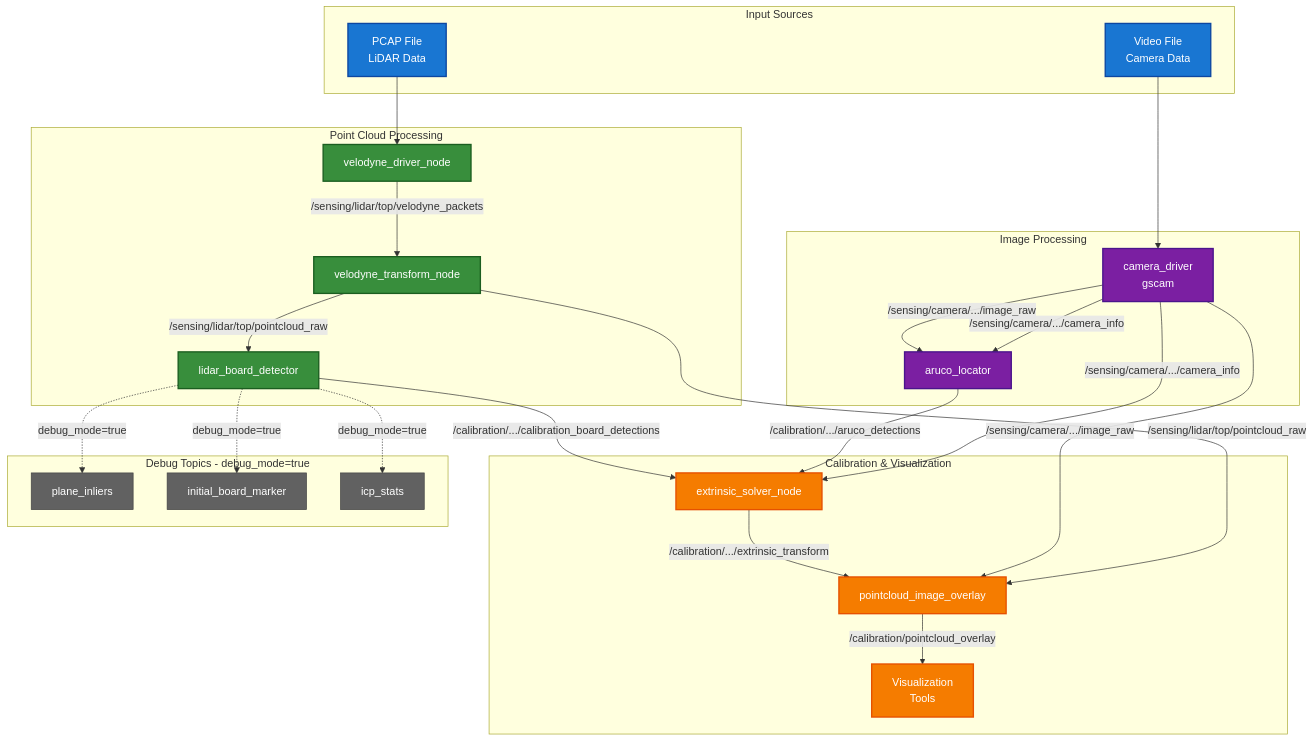
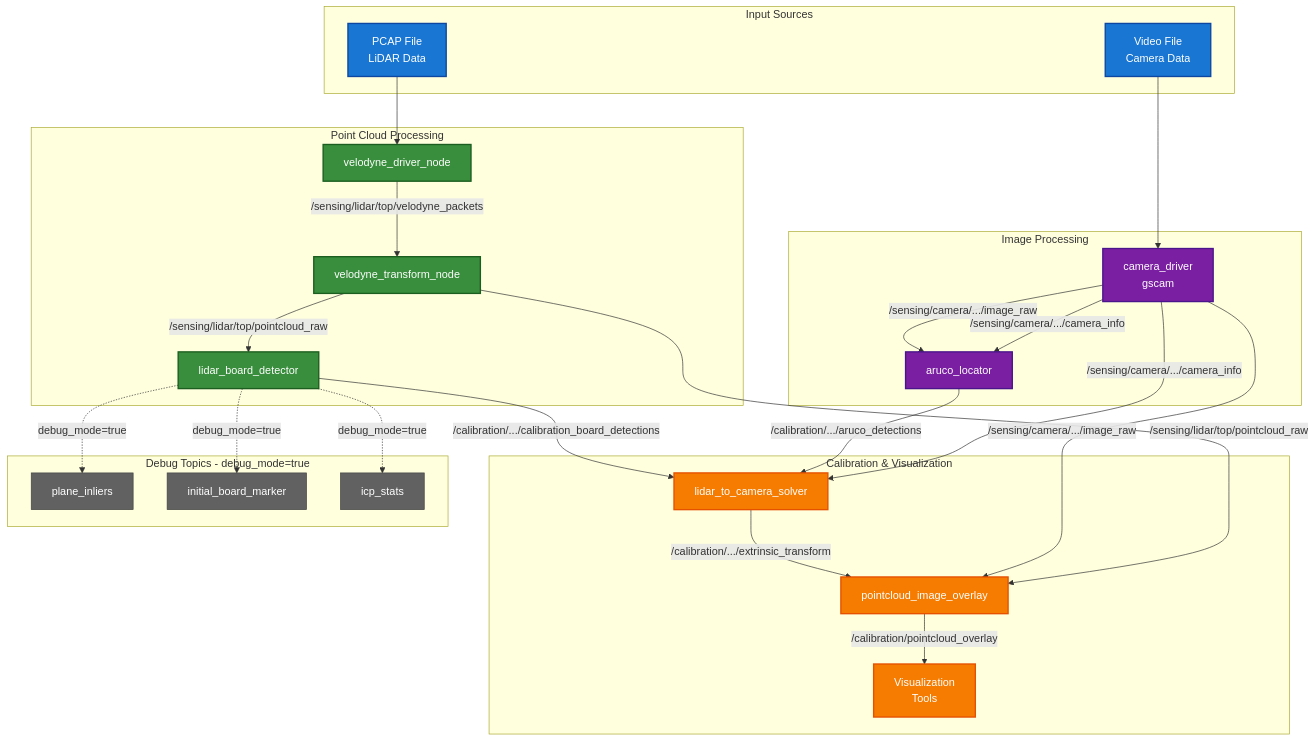
Before and after one commit to NEWSLabNTU/LCTK: the diagram in README.md, drawn with Mermaid. The commit also changed 25 other files, not shown here.

First line of the commit message:
chore(solver): remove legacy extrinsic node

````diff
--- a/README.md
+++ b/README.md
@@ -36,69 +36,69 @@
 ```mermaid
 graph TB
     %% Input Sources
     subgraph InputSources[Input Sources]
         PCAP[PCAP File<br/>LiDAR Data]
         VIDEO[Video File<br/>Camera Data]
     end
 
     %% Point Cloud Processing Pipeline
     subgraph PointCloudProcessing[Point Cloud Processing]
         VD[velodyne_driver_node]
         VT[velodyne_transform_node]
         CBL[lidar_board_detector]
     end
 
     %% Image Processing Pipeline
     subgraph ImageProcessing[Image Processing]
         CAM[camera_driver<br/>gscam]
         AL[aruco_locator]
     end
 
     %% Calibration & Visualization
     subgraph CalibrationViz[Calibration & Visualization]
-        SOLVER[extrinsic_solver_node]
+        SOLVER[lidar_to_camera_solver]
         OVERLAY[pointcloud_image_overlay]
         VIZ[Visualization<br/>Tools]
     end
 
     %% Debug Topics (when debug_mode=true)
     subgraph DebugTopics[Debug Topics - debug_mode=true]
         DBG1[plane_inliers]
         DBG2[initial_board_marker]
         DBG3[icp_stats]
     end
 
     %% Connections
     PCAP --> VD
     VD -->|/sensing/lidar/top/velodyne_packets| VT
     VT -->|/sensing/lidar/top/pointcloud_raw| CBL
     CBL -->|/calibration/.../calibration_board_detections| SOLVER
 
     VIDEO --> CAM
     CAM -->|/sensing/camera/.../image_raw| AL
     CAM -->|/sensing/camera/.../camera_info| AL
     AL -->|/calibration/.../aruco_detections| SOLVER
     CAM -->|/sensing/camera/.../camera_info| SOLVER
 
     SOLVER -->|/calibration/.../extrinsic_transform| OVERLAY
     CAM -->|/sensing/camera/.../image_raw| OVERLAY
     VT -->|/sensing/lidar/top/pointcloud_raw| OVERLAY
     OVERLAY -->|/calibration/pointcloud_overlay| VIZ
 
     CBL -.->|debug_mode=true| DBG1
     CBL -.->|debug_mode=true| DBG2
     CBL -.->|debug_mode=true| DBG3
 
     %% Styling
     classDef input fill:#1976d2,stroke:#0d47a1,stroke-width:2px,color:#fff
     classDef pointcloud fill:#388e3c,stroke:#1b5e20,stroke-width:2px,color:#fff
     classDef image fill:#7b1fa2,stroke:#4a148c,stroke-width:2px,color:#fff
     classDef calibration fill:#f57c00,stroke:#e65100,stroke-width:2px,color:#fff
     classDef debug fill:#616161,stroke:#424242,stroke-width:1px,color:#fff
 
     class PCAP,VIDEO input
     class VD,VT,CBL pointcloud
     class CAM,AL image
     class SOLVER,OVERLAY,VIZ calibration
     class DBG1,DBG2,DBG3 debug
 ```
````
